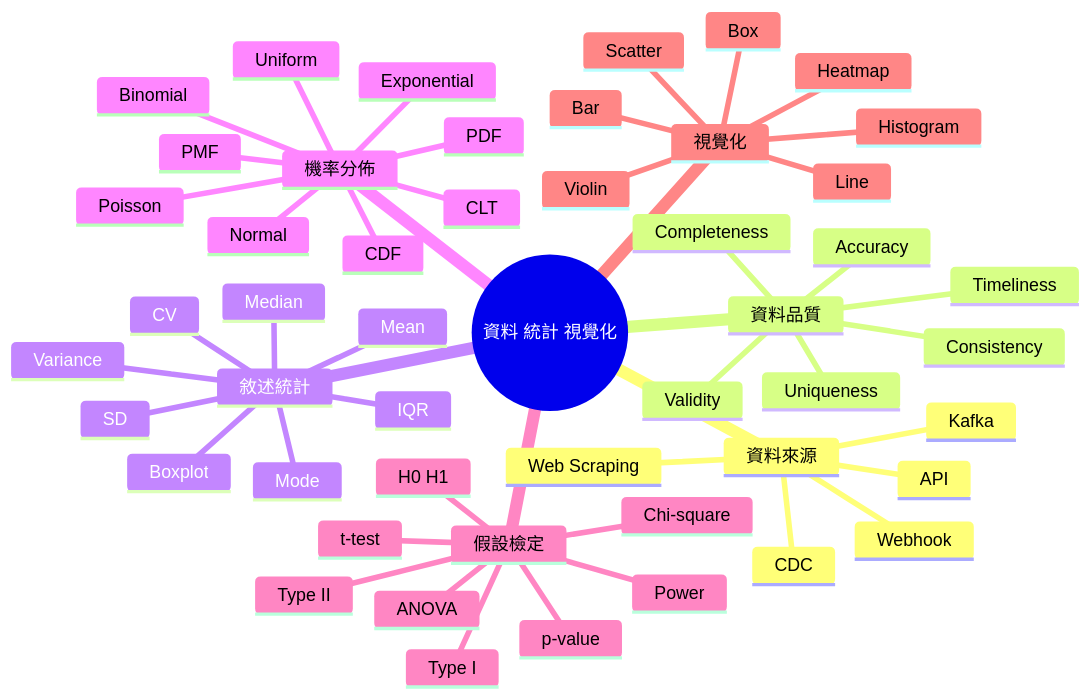
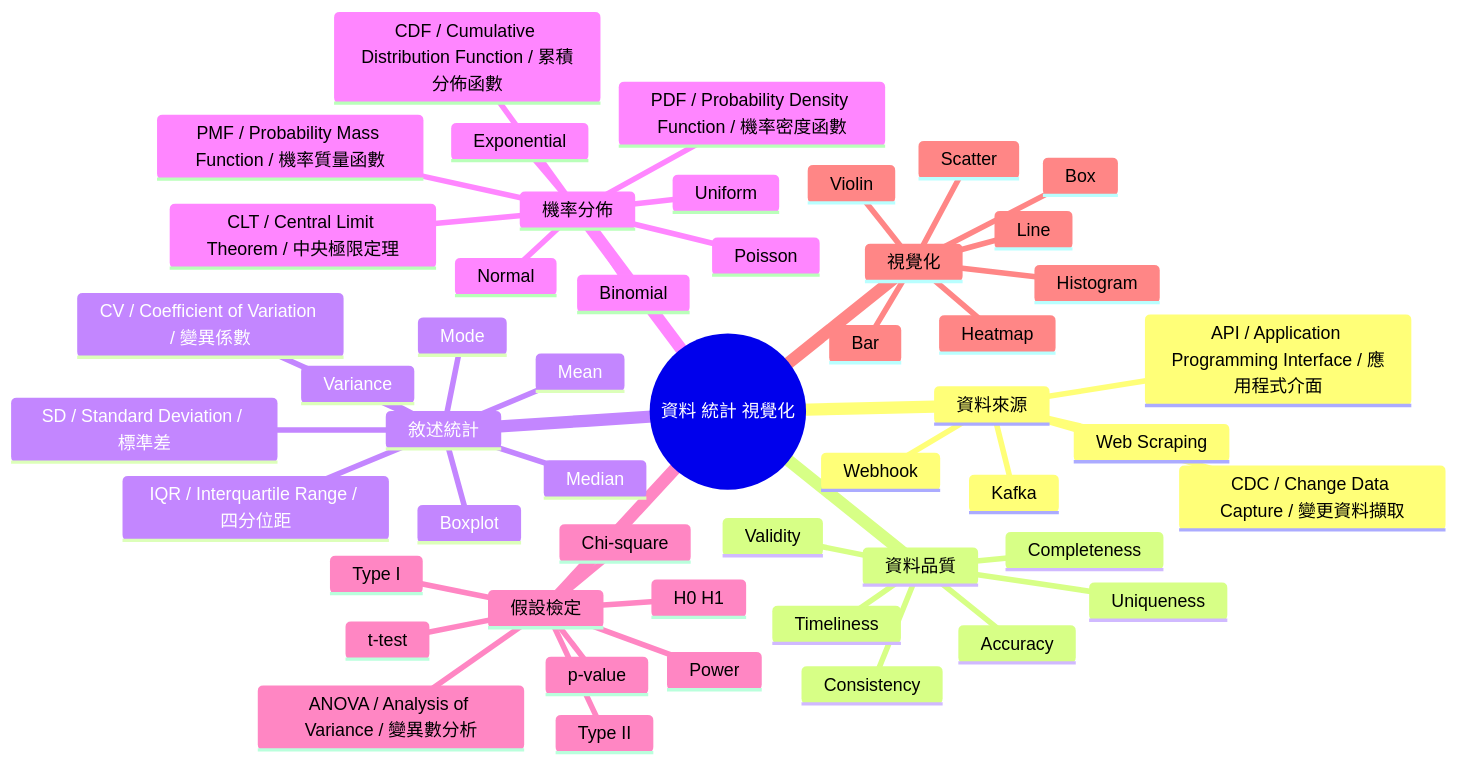
The third of 10 diagrams in content/ipas/ipas-ai-mindmap.md (douglas168/levelcert), drawn with Mermaid before and after one commit. The commit also changed other lines of this file and 127 other files, not shown here.

````diff
--- a/content/ipas/ipas-ai-mindmap.md
+++ b/content/ipas/ipas-ai-mindmap.md
@@ -117,53 +117,53 @@
 ```mermaid
 mindmap
   root((資料 統計 視覺化))
     資料來源
-      API
+      API / Application Programming Interface / 應用程式介面
       Webhook
-      CDC
+      CDC / Change Data Capture / 變更資料擷取
       Kafka
       Web Scraping
     資料品質
       Completeness
       Accuracy
       Consistency
       Timeliness
       Uniqueness
       Validity
     敘述統計
       Mean
       Median
       Mode
       Variance
-      SD
-      IQR
-      CV
+      SD / Standard Deviation / 標準差
+      IQR / Interquartile Range / 四分位距
+      CV / Coefficient of Variation / 變異係數
       Boxplot
     機率分佈
-      PMF
-      PDF
-      CDF
+      PMF / Probability Mass Function / 機率質量函數
+      PDF / Probability Density Function / 機率密度函數
+      CDF / Cumulative Distribution Function / 累積分佈函數
       Normal
       Binomial
       Poisson
       Uniform
       Exponential
-      CLT
+      CLT / Central Limit Theorem / 中央極限定理
     假設檢定
       H0 H1
       p-value
       Type I
       Type II
       Power
       t-test
       Chi-square
-      ANOVA
+      ANOVA / Analysis of Variance / 變異數分析
     視覺化
       Bar
       Histogram
       Line
       Scatter
       Heatmap
       Box
       Violin
 ```
````
